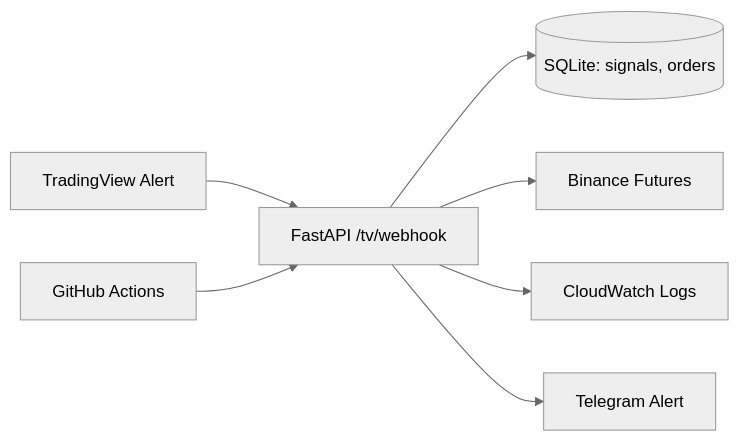
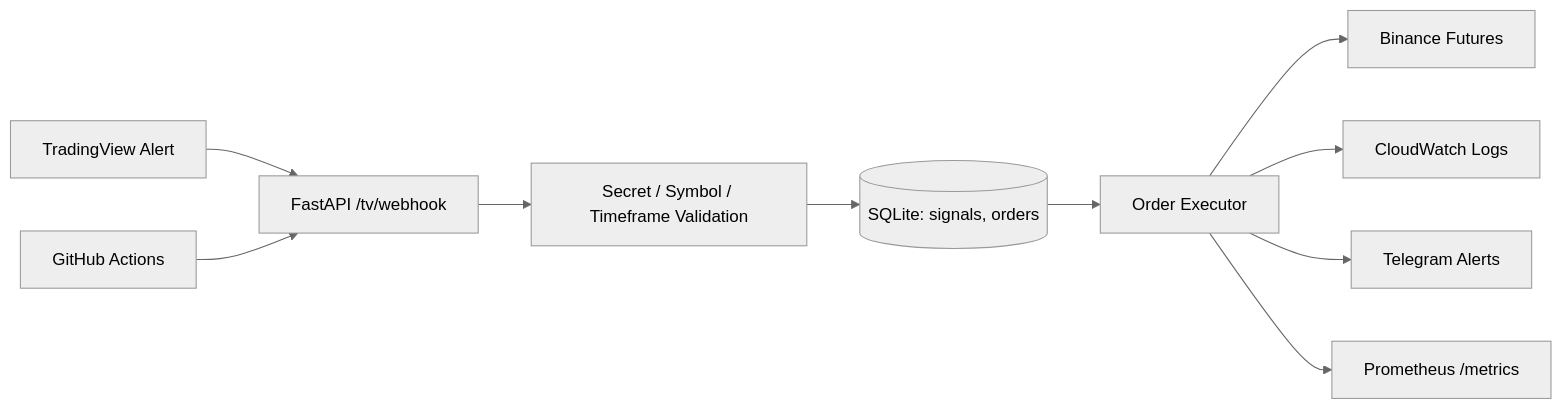
Before and after one commit to gyeong1181/System-Trading: the diagram in psar_rsi_bot/README.md, drawn with Mermaid (neutral theme). The commit also changed other lines of this file and 9 other files, not shown here.

````diff
--- a/psar_rsi_bot/README.md
+++ b/psar_rsi_bot/README.md
@@ -14,9 +25,12 @@
 ```mermaid
 flowchart LR
     TV[TradingView Alert] --> API[FastAPI /tv/webhook]
-    API --> DB[(SQLite: signals, orders)]
-    API --> BINANCE[Binance Futures]
-    API --> CW[CloudWatch Logs]
-    API --> TG[Telegram Alert]
+    API --> VALID[Secret / Symbol / Timeframe Validation]
+    VALID --> DB[(SQLite: signals, orders)]
+    DB --> EXE[Order Executor]
+    EXE --> BINANCE[Binance Futures]
+    EXE --> CW[CloudWatch Logs]
+    EXE --> TG[Telegram Alerts]
+    EXE --> METRICS[Prometheus /metrics]
     GHA[GitHub Actions] --> API
 ```
````
